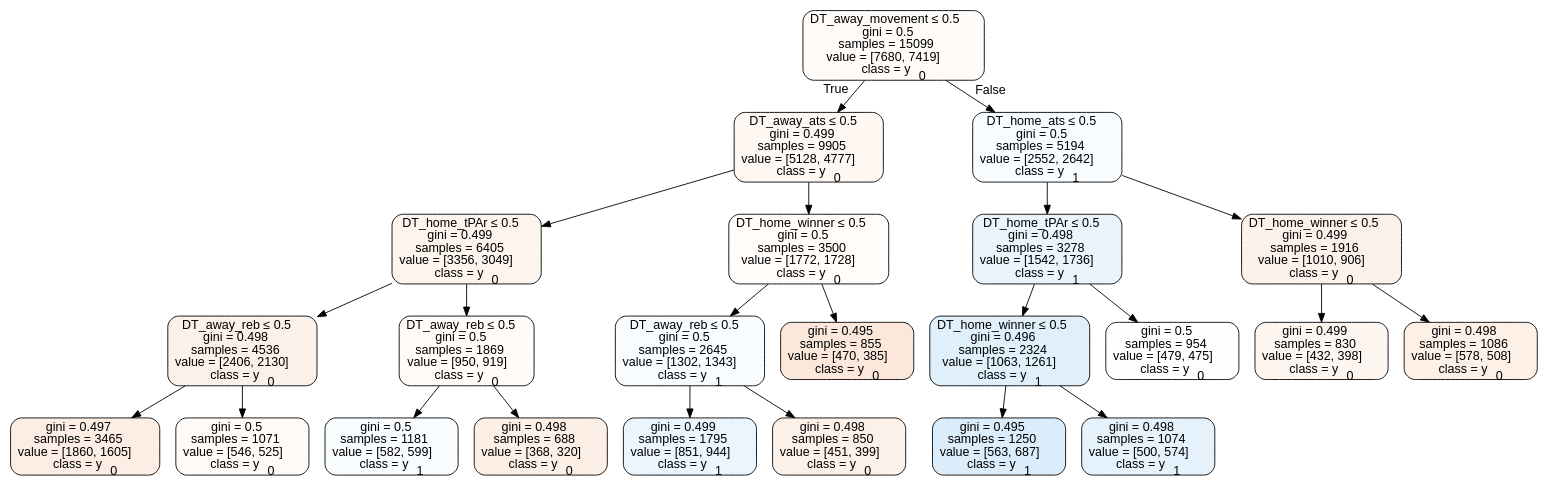
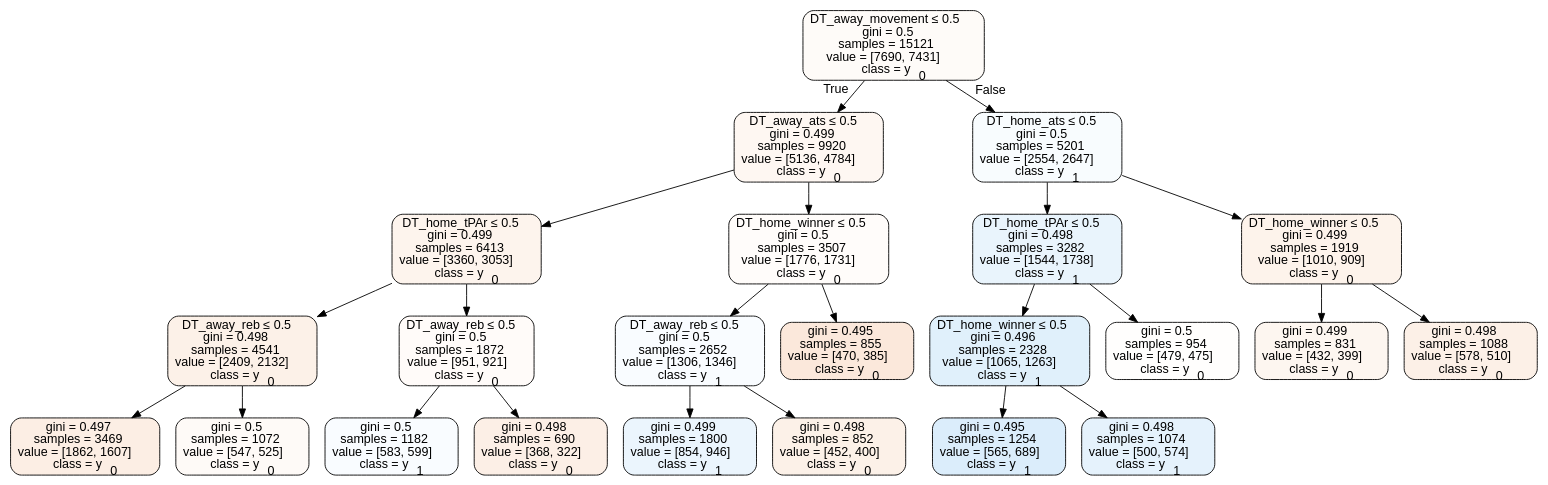
Before and after one commit to usbogie/ncaa-bets: the diagram in Basketball/data/trees/tree2016home.dot, drawn with Graphviz. The commit also changed 29 other files, not shown here.

```diff
--- a/Basketball/data/trees/tree2016home.dot
+++ b/Basketball/data/trees/tree2016home.dot
@@ -1,49 +1,49 @@
 digraph Tree {
 node [shape=box, style="filled, rounded", color="black", fontname=helvetica] ;
 edge [fontname=helvetica] ;
-0 [label=<DT_away_movement &le; 0.5<br/>gini = 0.5<br/>samples = 15099<br/>value = [7680, 7419]<br/>class = y<SUB>0</SUB>>, fillcolor="#e5813909"] ;
-1 [label=<DT_away_ats &le; 0.5<br/>gini = 0.499<br/>samples = 9905<br/>value = [5128, 4777]<br/>class = y<SUB>0</SUB>>, fillcolor="#e5813911"] ;
+0 [label=<DT_away_movement &le; 0.5<br/>gini = 0.5<br/>samples = 15121<br/>value = [7690, 7431]<br/>class = y<SUB>0</SUB>>, fillcolor="#e5813909"] ;
+1 [label=<DT_away_ats &le; 0.5<br/>gini = 0.499<br/>samples = 9920<br/>value = [5136, 4784]<br/>class = y<SUB>0</SUB>>, fillcolor="#e5813911"] ;
 0 -> 1 [labeldistance=2.5, labelangle=45, headlabel="True"] ;
-2 [label=<DT_home_tPAr &le; 0.5<br/>gini = 0.499<br/>samples = 6405<br/>value = [3356, 3049]<br/>class = y<SUB>0</SUB>>, fillcolor="#e5813917"] ;
+2 [label=<DT_home_tPAr &le; 0.5<br/>gini = 0.499<br/>samples = 6413<br/>value = [3360, 3053]<br/>class = y<SUB>0</SUB>>, fillcolor="#e5813917"] ;
 1 -> 2 ;
-3 [label=<DT_away_reb &le; 0.5<br/>gini = 0.498<br/>samples = 4536<br/>value = [2406, 2130]<br/>class = y<SUB>0</SUB>>, fillcolor="#e581391d"] ;
+3 [label=<DT_away_reb &le; 0.5<br/>gini = 0.498<br/>samples = 4541<br/>value = [2409, 2132]<br/>class = y<SUB>0</SUB>>, fillcolor="#e581391d"] ;
 2 -> 3 ;
-4 [label=<gini = 0.497<br/>samples = 3465<br/>value = [1860, 1605]<br/>class = y<SUB>0</SUB>>, fillcolor="#e5813923"] ;
+4 [label=<gini = 0.497<br/>samples = 3469<br/>value = [1862, 1607]<br/>class = y<SUB>0</SUB>>, fillcolor="#e5813923"] ;
 3 -> 4 ;
-5 [label=<gini = 0.5<br/>samples = 1071<br/>value = [546, 525]<br/>class = y<SUB>0</SUB>>, fillcolor="#e581390a"] ;
+5 [label=<gini = 0.5<br/>samples = 1072<br/>value = [547, 525]<br/>class = y<SUB>0</SUB>>, fillcolor="#e581390a"] ;
 3 -> 5 ;
-6 [label=<DT_away_reb &le; 0.5<br/>gini = 0.5<br/>samples = 1869<br/>value = [950, 919]<br/>class = y<SUB>0</SUB>>, fillcolor="#e5813908"] ;
+6 [label=<DT_away_reb &le; 0.5<br/>gini = 0.5<br/>samples = 1872<br/>value = [951, 921]<br/>class = y<SUB>0</SUB>>, fillcolor="#e5813908"] ;
 2 -> 6 ;
-7 [label=<gini = 0.5<br/>samples = 1181<br/>value = [582, 599]<br/>class = y<SUB>1</SUB>>, fillcolor="#399de507"] ;
+7 [label=<gini = 0.5<br/>samples = 1182<br/>value = [583, 599]<br/>class = y<SUB>1</SUB>>, fillcolor="#399de507"] ;
 6 -> 7 ;
-8 [label=<gini = 0.498<br/>samples = 688<br/>value = [368, 320]<br/>class = y<SUB>0</SUB>>, fillcolor="#e5813921"] ;
+8 [label=<gini = 0.498<br/>samples = 690<br/>value = [368, 322]<br/>class = y<SUB>0</SUB>>, fillcolor="#e5813920"] ;
 6 -> 8 ;
-9 [label=<DT_home_winner &le; 0.5<br/>gini = 0.5<br/>samples = 3500<br/>value = [1772, 1728]<br/>class = y<SUB>0</SUB>>, fillcolor="#e5813906"] ;
+9 [label=<DT_home_winner &le; 0.5<br/>gini = 0.5<br/>samples = 3507<br/>value = [1776, 1731]<br/>class = y<SUB>0</SUB>>, fillcolor="#e5813906"] ;
 1 -> 9 ;
-10 [label=<DT_away_reb &le; 0.5<br/>gini = 0.5<br/>samples = 2645<br/>value = [1302, 1343]<br/>class = y<SUB>1</SUB>>, fillcolor="#399de508"] ;
+10 [label=<DT_away_reb &le; 0.5<br/>gini = 0.5<br/>samples = 2652<br/>value = [1306, 1346]<br/>class = y<SUB>1</SUB>>, fillcolor="#399de508"] ;
 9 -> 10 ;
-11 [label=<gini = 0.499<br/>samples = 1795<br/>value = [851, 944]<br/>class = y<SUB>1</SUB>>, fillcolor="#399de519"] ;
+11 [label=<gini = 0.499<br/>samples = 1800<br/>value = [854, 946]<br/>class = y<SUB>1</SUB>>, fillcolor="#399de519"] ;
 10 -> 11 ;
-12 [label=<gini = 0.498<br/>samples = 850<br/>value = [451, 399]<br/>class = y<SUB>0</SUB>>, fillcolor="#e581391d"] ;
+12 [label=<gini = 0.498<br/>samples = 852<br/>value = [452, 400]<br/>class = y<SUB>0</SUB>>, fillcolor="#e581391d"] ;
 10 -> 12 ;
 13 [label=<gini = 0.495<br/>samples = 855<br/>value = [470, 385]<br/>class = y<SUB>0</SUB>>, fillcolor="#e581392e"] ;
 9 -> 13 ;
-14 [label=<DT_home_ats &le; 0.5<br/>gini = 0.5<br/>samples = 5194<br/>value = [2552, 2642]<br/>class = y<SUB>1</SUB>>, fillcolor="#399de509"] ;
+14 [label=<DT_home_ats &le; 0.5<br/>gini = 0.5<br/>samples = 5201<br/>value = [2554, 2647]<br/>class = y<SUB>1</SUB>>, fillcolor="#399de509"] ;
 0 -> 14 [labeldistance=2.5, labelangle=-45, headlabel="False"] ;
-15 [label=<DT_home_tPAr &le; 0.5<br/>gini = 0.498<br/>samples = 3278<br/>value = [1542, 1736]<br/>class = y<SUB>1</SUB>>, fillcolor="#399de51c"] ;
+15 [label=<DT_home_tPAr &le; 0.5<br/>gini = 0.498<br/>samples = 3282<br/>value = [1544, 1738]<br/>class = y<SUB>1</SUB>>, fillcolor="#399de51c"] ;
 14 -> 15 ;
-16 [label=<DT_home_winner &le; 0.5<br/>gini = 0.496<br/>samples = 2324<br/>value = [1063, 1261]<br/>class = y<SUB>1</SUB>>, fillcolor="#399de528"] ;
+16 [label=<DT_home_winner &le; 0.5<br/>gini = 0.496<br/>samples = 2328<br/>value = [1065, 1263]<br/>class = y<SUB>1</SUB>>, fillcolor="#399de528"] ;
 15 -> 16 ;
-17 [label=<gini = 0.495<br/>samples = 1250<br/>value = [563, 687]<br/>class = y<SUB>1</SUB>>, fillcolor="#399de52e"] ;
+17 [label=<gini = 0.495<br/>samples = 1254<br/>value = [565, 689]<br/>class = y<SUB>1</SUB>>, fillcolor="#399de52e"] ;
 16 -> 17 ;
 18 [label=<gini = 0.498<br/>samples = 1074<br/>value = [500, 574]<br/>class = y<SUB>1</SUB>>, fillcolor="#399de521"] ;
 16 -> 18 ;
 19 [label=<gini = 0.5<br/>samples = 954<br/>value = [479, 475]<br/>class = y<SUB>0</SUB>>, fillcolor="#e5813902"] ;
 15 -> 19 ;
-20 [label=<DT_home_winner &le; 0.5<br/>gini = 0.499<br/>samples = 1916<br/>value = [1010, 906]<br/>class = y<SUB>0</SUB>>, fillcolor="#e581391a"] ;
+20 [label=<DT_home_winner &le; 0.5<br/>gini = 0.499<br/>samples = 1919<br/>value = [1010, 909]<br/>class = y<SUB>0</SUB>>, fillcolor="#e5813919"] ;
 14 -> 20 ;
-21 [label=<gini = 0.499<br/>samples = 830<br/>value = [432, 398]<br/>class = y<SUB>0</SUB>>, fillcolor="#e5813914"] ;
+21 [label=<gini = 0.499<br/>samples = 831<br/>value = [432, 399]<br/>class = y<SUB>0</SUB>>, fillcolor="#e5813913"] ;
 20 -> 21 ;
-22 [label=<gini = 0.498<br/>samples = 1086<br/>value = [578, 508]<br/>class = y<SUB>0</SUB>>, fillcolor="#e581391f"] ;
+22 [label=<gini = 0.498<br/>samples = 1088<br/>value = [578, 510]<br/>class = y<SUB>0</SUB>>, fillcolor="#e581391e"] ;
 20 -> 22 ;
 }
```
